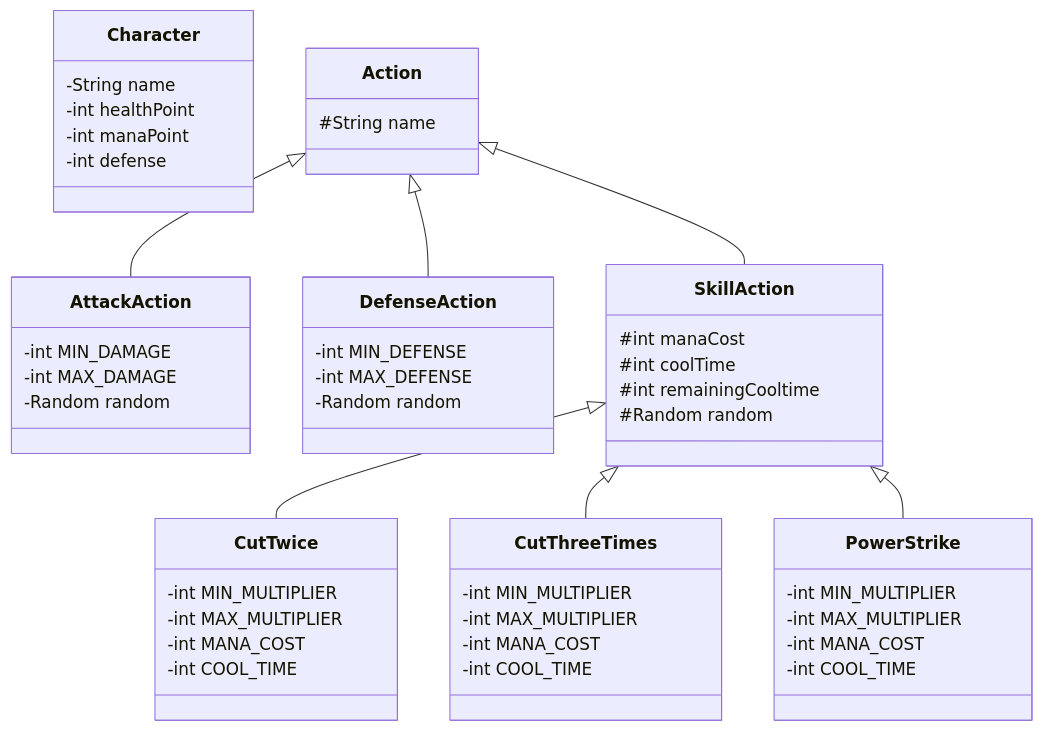
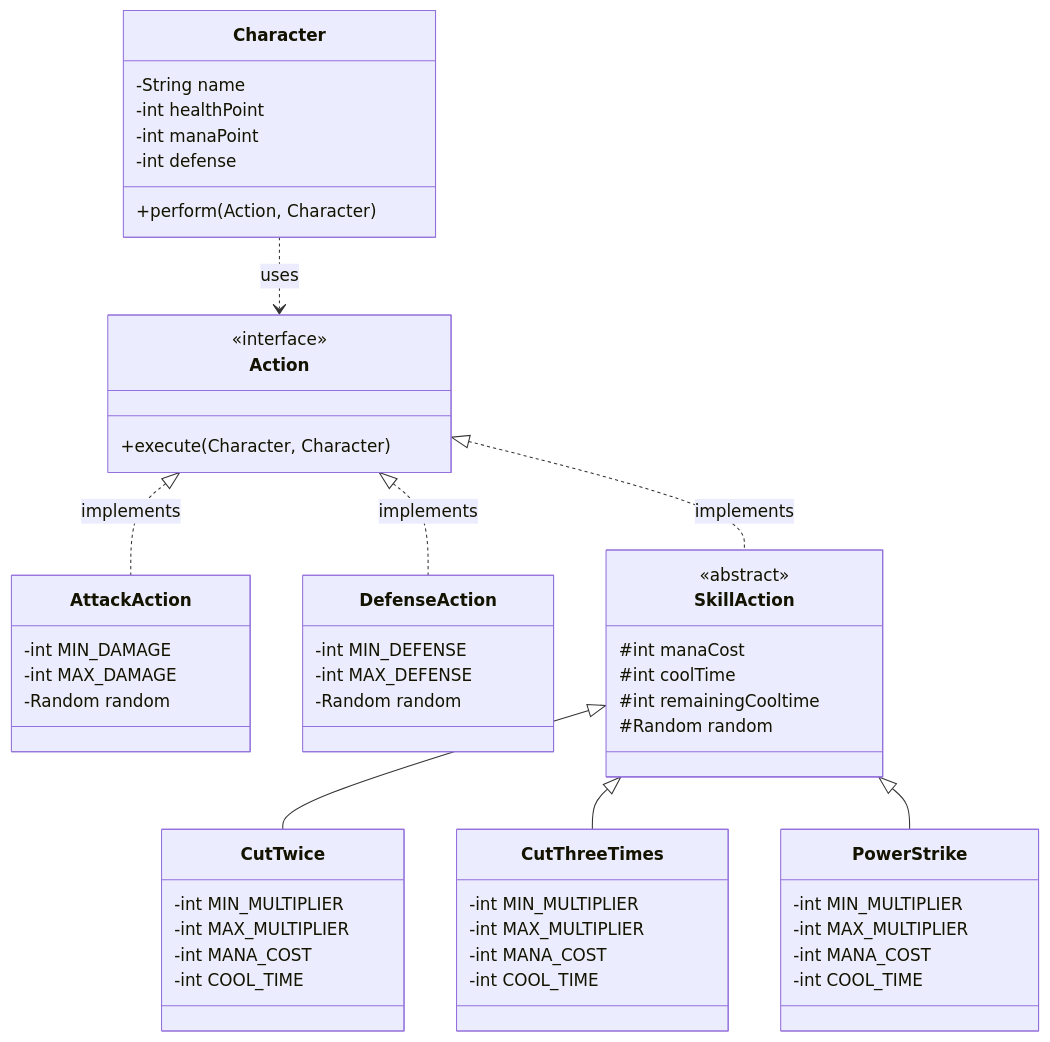
One commit to hye-inA/2024-2-mission-course-java changed the diagram in TODO.md. Above: the diagram before and after it, drawn with Mermaid.

Commit message:
객체 설계 수정

```diff
--- a/TODO.md
+++ b/TODO.md
@@ -7,60 +7,64 @@
 ~~~mermaid
 classDiagram
     class Character {
         -String name 
         -int healthPoint
         -int manaPoint
         -int defense
+        +perform(Action, Character)
     }
 
     class Action {
-        #String name
+        <<interface>>
+        +execute(Character, Character)
     }
 
     class AttackAction {
         -int MIN_DAMAGE
         -int MAX_DAMAGE
         -Random random
     }
 
     class DefenseAction {
         -int MIN_DEFENSE
         -int MAX_DEFENSE
         -Random random
     }
 
     class SkillAction {
+        <<abstract>>
         #int manaCost
         #int coolTime
         #int remainingCooltime
         #Random random
     }
 
     class CutTwice {
         -int MIN_MULTIPLIER
         -int MAX_MULTIPLIER
         -int MANA_COST
         -int COOL_TIME
     }
 
     class CutThreeTimes {
         -int MIN_MULTIPLIER
         -int MAX_MULTIPLIER
         -int MANA_COST
         -int COOL_TIME
     }
 
     class PowerStrike {
         -int MIN_MULTIPLIER
         -int MAX_MULTIPLIER
         -int MANA_COST
         -int COOL_TIME
     }
 
-    Action <|-- AttackAction
-    Action <|-- DefenseAction
-    Action <|-- SkillAction
-    SkillAction <|-- CutTwice
+    Character ..> Action : uses
+    Action <|.. AttackAction : implements
+    Action <|.. DefenseAction : implements
+    Action <|.. SkillAction : implements
+    SkillAction <|-- CutTwice 
     SkillAction <|-- CutThreeTimes
     SkillAction <|-- PowerStrike
 ~~~
```
